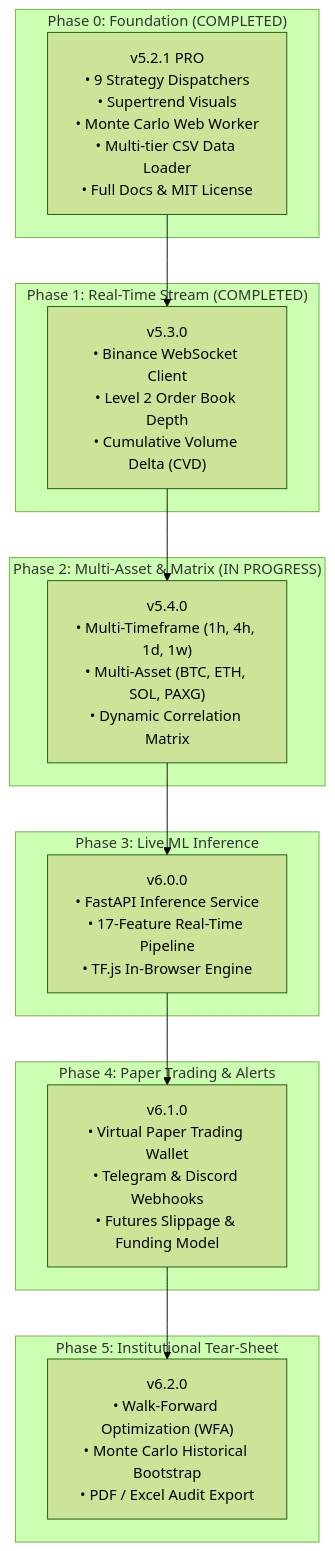
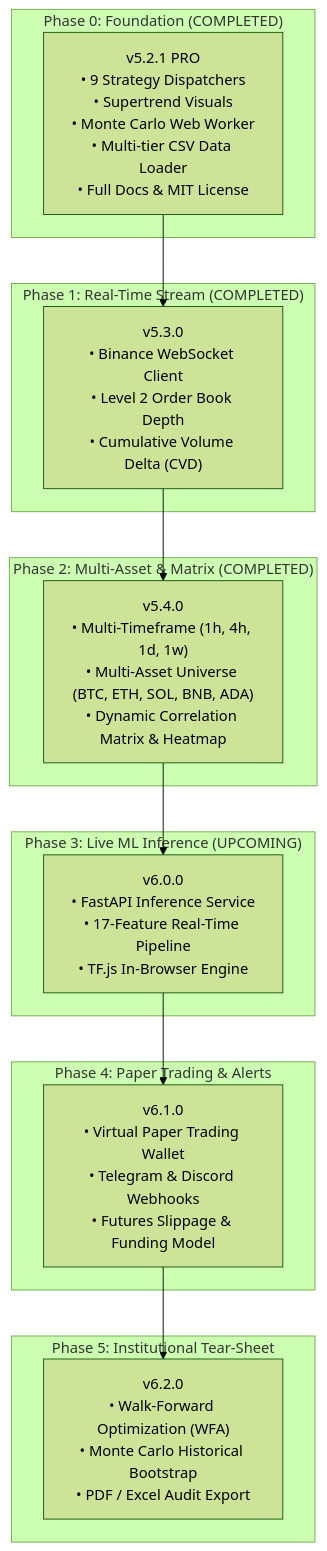
Before and after one commit to zakiafuadi925-ops/Quant_Trading_System: the diagram in ROADMAP.md, drawn with Mermaid (forest theme). The commit also changed other lines of this file and 2 other files, not shown here.

Commit message:
feat(risk): implement dual-mode cross-asset correlation matrix and diversification analysis

````diff
--- a/ROADMAP.md
+++ b/ROADMAP.md
@@ -15,32 +15,32 @@
 ```mermaid
 flowchart TD
     subgraph P0["Phase 0: Foundation (COMPLETED)"]
         A["v5.2.1 PRO<br/>• 9 Strategy Dispatchers<br/>• Supertrend Visuals<br/>• Monte Carlo Web Worker<br/>• Multi-tier CSV Data Loader<br/>• Full Docs & MIT License"]
     end
 
     subgraph P1["Phase 1: Real-Time Stream (COMPLETED)"]
         B["v5.3.0<br/>• Binance WebSocket Client<br/>• Level 2 Order Book Depth<br/>• Cumulative Volume Delta (CVD)"]
     end
 
-    subgraph P2["Phase 2: Multi-Asset & Matrix (IN PROGRESS)"]
-        C["v5.4.0<br/>• Multi-Timeframe (1h, 4h, 1d, 1w)<br/>• Multi-Asset (BTC, ETH, SOL, PAXG)<br/>• Dynamic Correlation Matrix"]
+    subgraph P2["Phase 2: Multi-Asset & Matrix (COMPLETED)"]
+        C["v5.4.0<br/>• Multi-Timeframe (1h, 4h, 1d, 1w)<br/>• Multi-Asset Universe (BTC, ETH, SOL, BNB, ADA)<br/>• Dynamic Correlation Matrix & Heatmap"]
     end
 
-    subgraph P3["Phase 3: Live ML Inference"]
+    subgraph P3["Phase 3: Live ML Inference (UPCOMING)"]
         D["v6.0.0<br/>• FastAPI Inference Service<br/>• 17-Feature Real-Time Pipeline<br/>• TF.js In-Browser Engine"]
     end
 
     subgraph P4["Phase 4: Paper Trading & Alerts"]
         E["v6.1.0<br/>• Virtual Paper Trading Wallet<br/>• Telegram & Discord Webhooks<br/>• Futures Slippage & Funding Model"]
     end
 
     subgraph P5["Phase 5: Institutional Tear-Sheet"]
         F["v6.2.0<br/>• Walk-Forward Optimization (WFA)<br/>• Monte Carlo Historical Bootstrap<br/>• PDF / Excel Audit Export"]
     end
 
     A --> B
     B --> C
     C --> D
     D --> E
     E --> F
 ```
````
